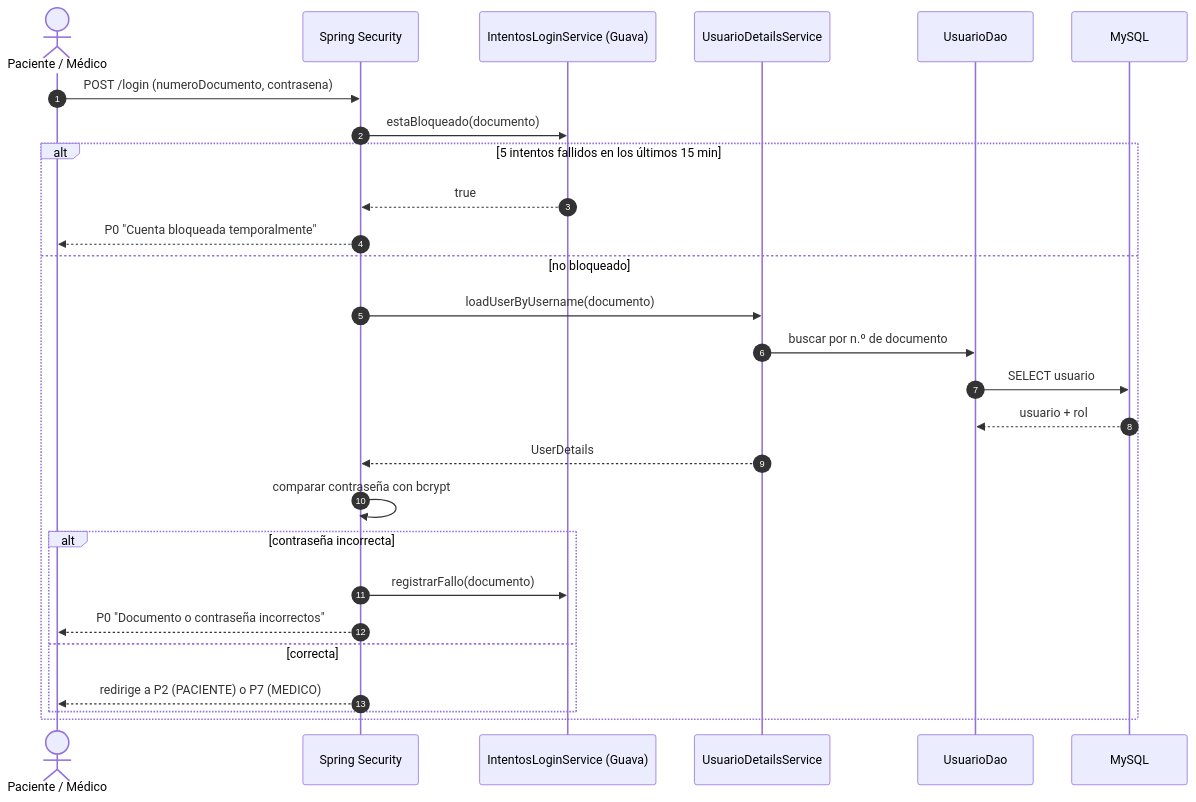
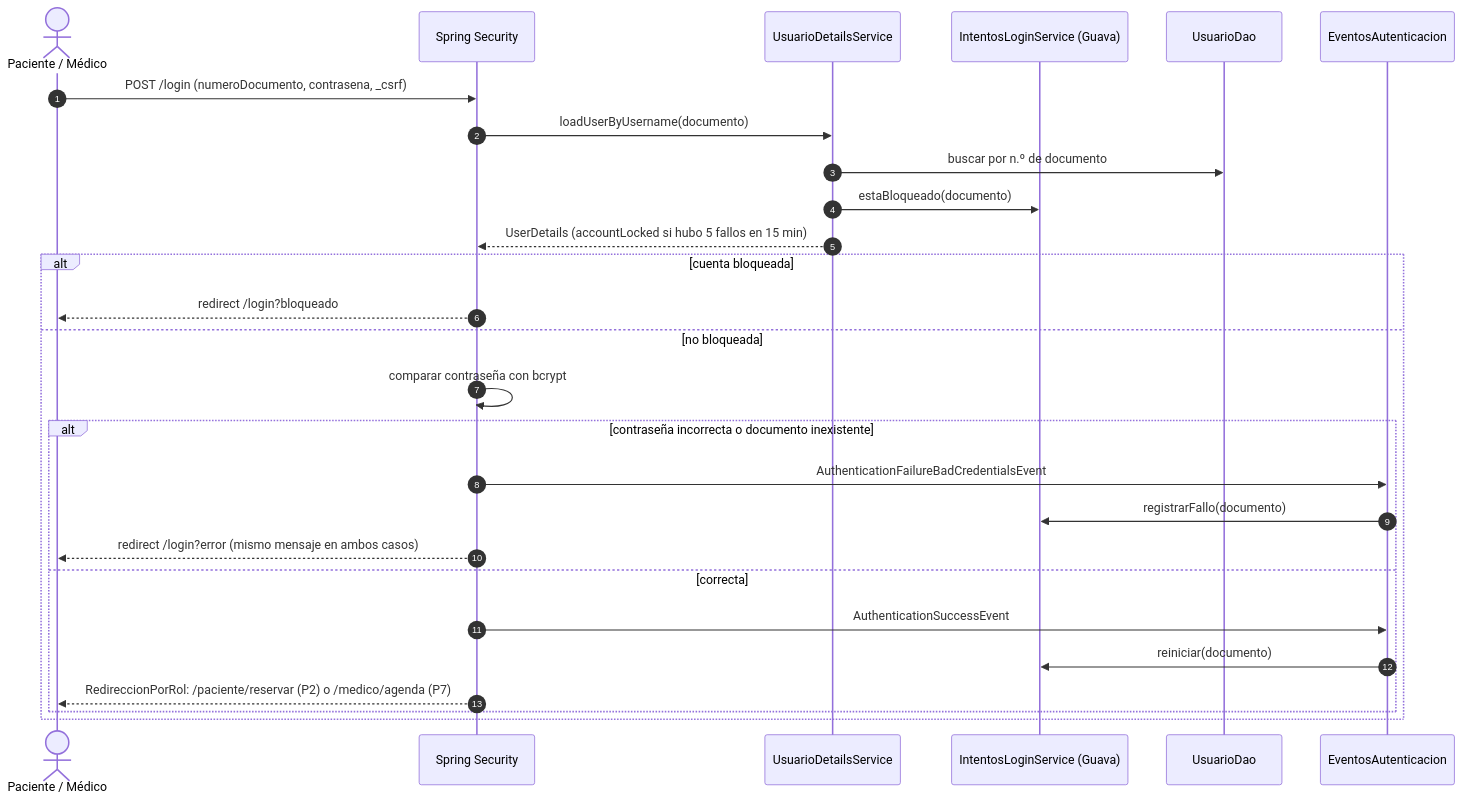
Before and after one commit to manuelguarniz/medifast: the third of 12 diagrams in README.md, drawn with Mermaid. The commit also changed other lines of this file and 28 other files, not shown here.

````diff
--- a/README.md
+++ b/README.md
@@ -319,30 +319,30 @@
 ```mermaid
 sequenceDiagram
     autonumber
     actor U as Paciente / Médico
     participant SEC as Spring Security
+    participant UDS as UsuarioDetailsService
     participant I as IntentosLoginService (Guava)
-    participant UDS as UsuarioDetailsService
     participant D as UsuarioDao
-    participant DB as MySQL
+    participant EV as EventosAutenticacion
 
-    U->>SEC: POST /login (numeroDocumento, contrasena)
-    SEC->>I: estaBloqueado(documento)
-    alt 5 intentos fallidos en los últimos 15 min
-        I-->>SEC: true
-        SEC-->>U: P0 "Cuenta bloqueada temporalmente"
-    else no bloqueado
-        SEC->>UDS: loadUserByUsername(documento)
-        UDS->>D: buscar por n.º de documento
-        D->>DB: SELECT usuario
-        DB-->>D: usuario + rol
-        UDS-->>SEC: UserDetails
+    U->>SEC: POST /login (numeroDocumento, contrasena, _csrf)
+    SEC->>UDS: loadUserByUsername(documento)
+    UDS->>D: buscar por n.º de documento
+    UDS->>I: estaBloqueado(documento)
+    UDS-->>SEC: UserDetails (accountLocked si hubo 5 fallos en 15 min)
+    alt cuenta bloqueada
+        SEC-->>U: redirect /login?bloqueado
+    else no bloqueada
         SEC->>SEC: comparar contraseña con bcrypt
-        alt contraseña incorrecta
-            SEC->>I: registrarFallo(documento)
-            SEC-->>U: P0 "Documento o contraseña incorrectos"
+        alt contraseña incorrecta o documento inexistente
+            SEC->>EV: AuthenticationFailureBadCredentialsEvent
+            EV->>I: registrarFallo(documento)
+            SEC-->>U: redirect /login?error (mismo mensaje en ambos casos)
         else correcta
-            SEC-->>U: redirige a P2 (PACIENTE) o P7 (MEDICO)
+            SEC->>EV: AuthenticationSuccessEvent
+            EV->>I: reiniciar(documento)
+            SEC-->>U: RedireccionPorRol: /paciente/reservar (P2) o /medico/agenda (P7)
         end
     end
 ```
````
